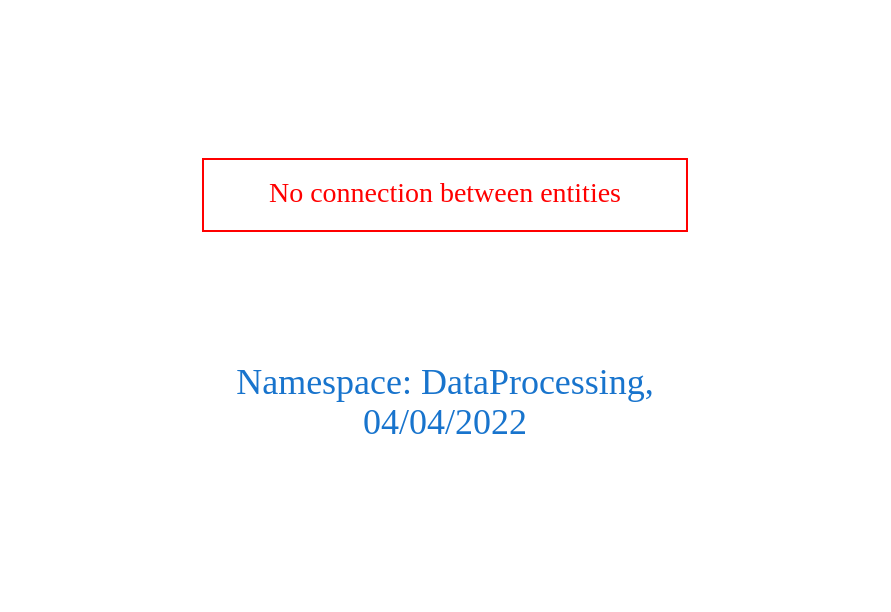
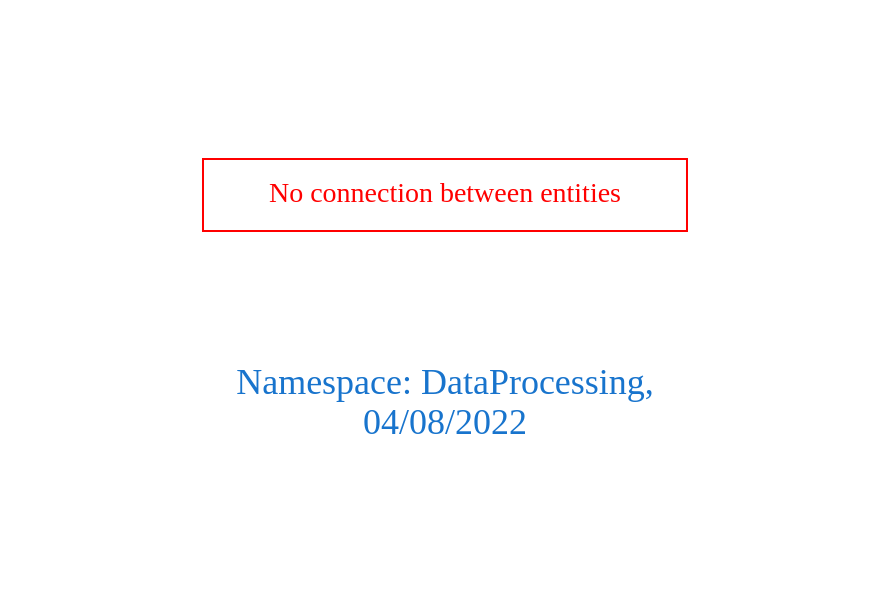
One commit to arago/OGIT changed the diagram in downloads/DataProcessing.dot. Above: the diagram before and after it, drawn with Graphviz. The commit also changed 1937 other files, not shown here.

```diff
--- a/downloads/DataProcessing.dot
+++ b/downloads/DataProcessing.dot
@@ -1,9 +1,9 @@
 digraph OGIT_ontology {
  graph [ rankdir= LR,pad=1 
 fontsize = 18,
-fontcolor= dodgerblue3,label = "\n\n\nNamespace: DataProcessing, \n 04/04/2022"];
+fontcolor= dodgerblue3,label = "\n\n\nNamespace: DataProcessing, \n 04/08/2022"];
 node[shape=polygon];
 edge [  color="gray81"];
 
 "No connection between entities" [fontcolor = "red",color="red", shape="polygon"]
 }
```
